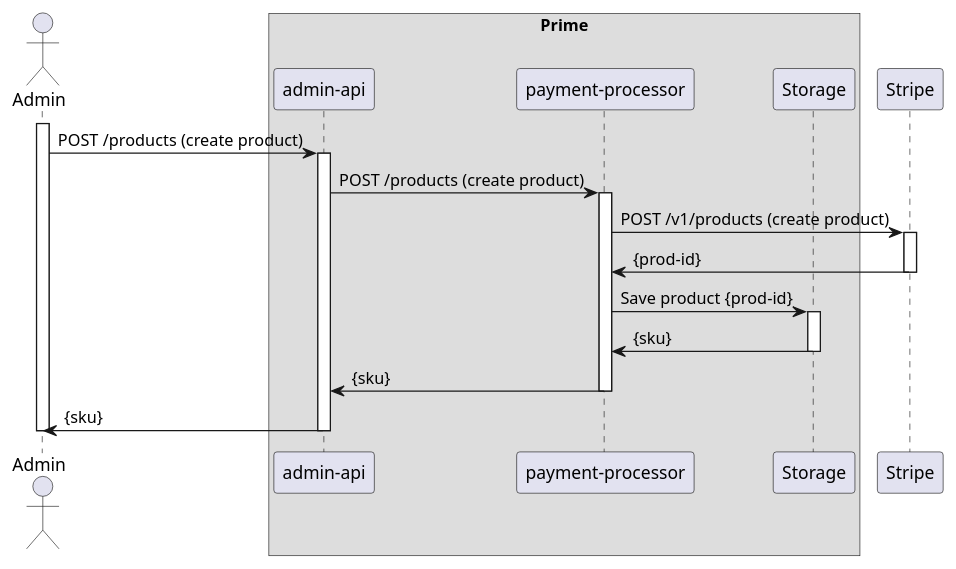
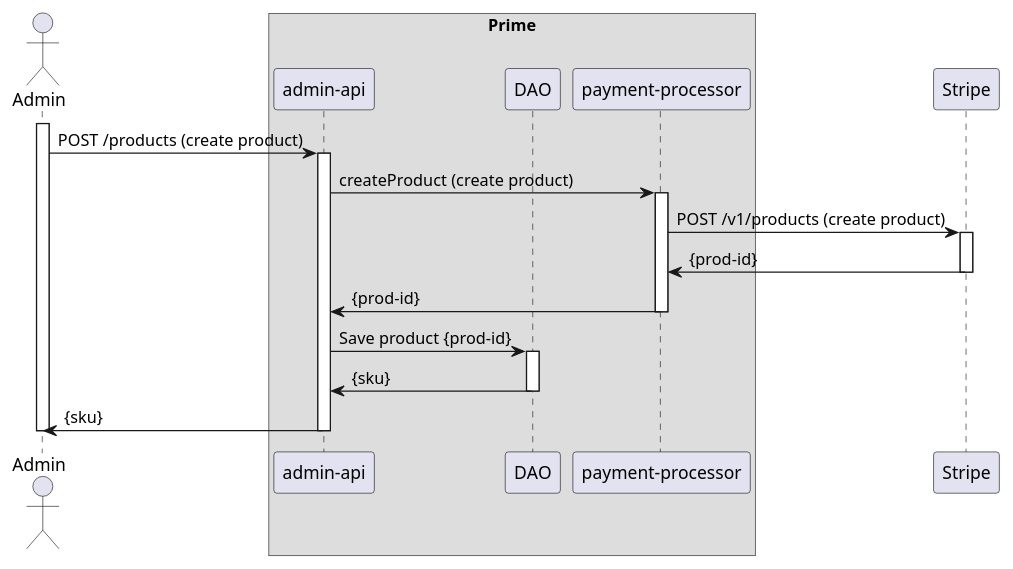
The diagram in payment-processor/doc/puml/create-product.puml (ostelco/ostelco-core), drawn with PlantUML before and after one commit. The commit also changed 3 other files, not shown here.

Commit message:
Added createProduct to PaymentProcessor

```diff
--- a/payment-processor/doc/puml/create-product.puml
+++ b/payment-processor/doc/puml/create-product.puml
@@ -1,35 +1,36 @@
 @startuml
 
 actor Admin
 participant Admin
 
 box "Prime"
     participant "admin-api"
+    participant DAO
     participant "payment-processor"
-    participant Storage
 end box
 participant Stripe
 
 activate Admin
     "Admin" -> "admin-api" : POST /products (create product)
     activate "admin-api"
-    "admin-api" -> "payment-processor" : POST /products (create product)
+    "admin-api" -> "payment-processor" : createProduct (create product)
 
     activate "payment-processor"
     "payment-processor" -> "Stripe" : POST /v1/products (create product)
     activate "Stripe"
     "Stripe" -> "payment-processor" : {prod-id}
     deactivate "Stripe"
 
-    "payment-processor" -> "Storage" : Save product {prod-id}
-    activate "Storage"
-    "Storage" -> "payment-processor" : {sku}
-    deactivate "Storage"
+    "payment-processor" -> "admin-api" : {prod-id}
+    deactivate "payment-processor"
 
-    "payment-processor" -> "admin-api" : {sku}
-    deactivate "payment-processor"
+    "admin-api" -> "DAO" : Save product {prod-id}
+    activate "DAO"
+    "DAO" -> "admin-api" : {sku}
+    deactivate "DAO"
+
     "admin-api" -> "Admin" : {sku}
     deactivate "admin-api"
 deactivate Admin
 
 @enduml
```
